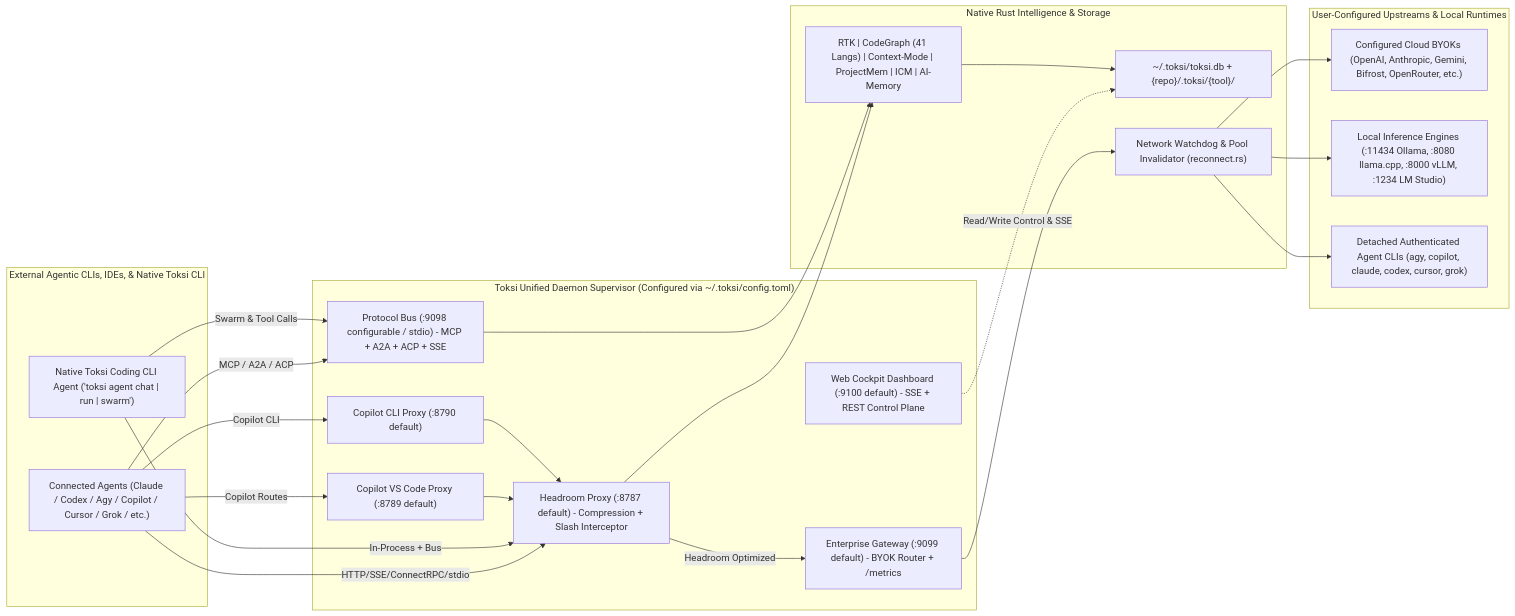
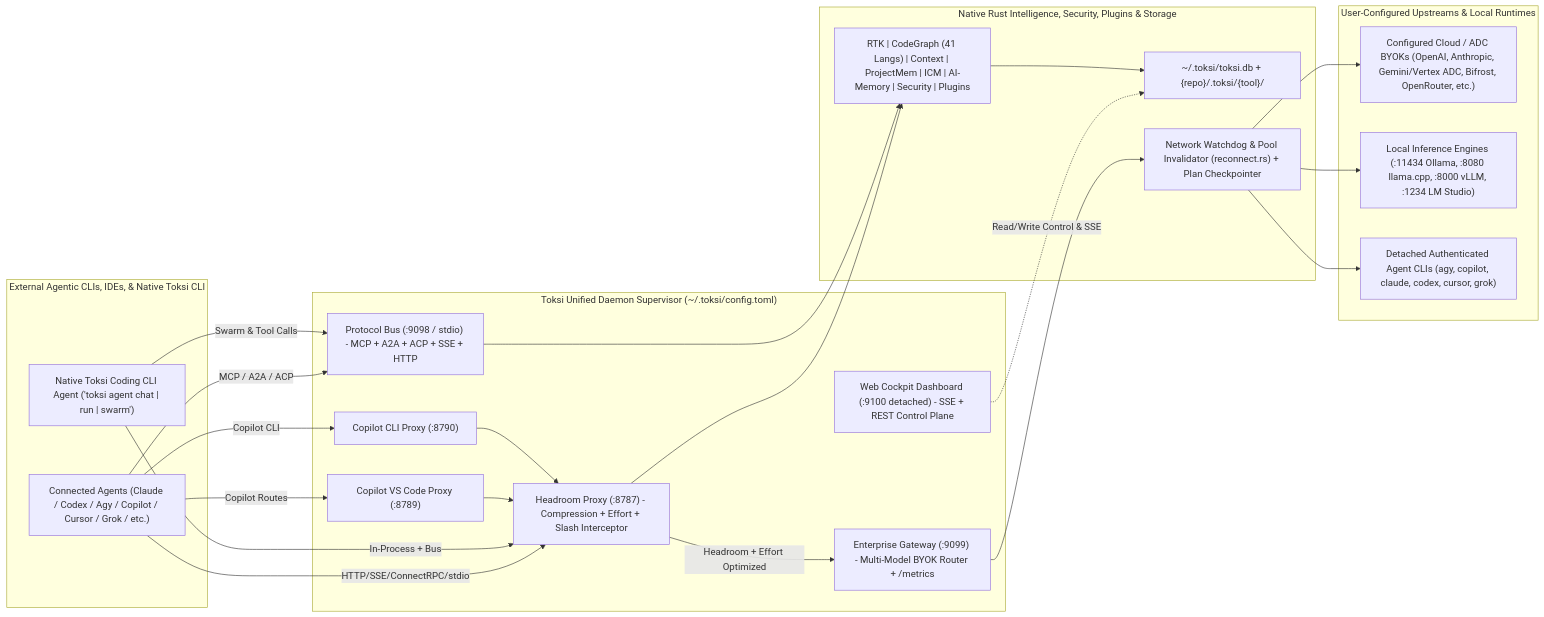
Before and after one commit to Navegos/neo: the first of 3 diagrams in crates/toksi/research/RESEARCHPLAN.md, drawn with Mermaid. The commit also changed other lines of this file and 90 other files, not shown here.

Commit message:
Refactor code structure for improved readability and maintainability; removed redundant code blocks and optimized function calls.

````diff
--- a/crates/toksi/research/RESEARCHPLAN.md
+++ b/crates/toksi/research/RESEARCHPLAN.md
@@ -190,47 +247,47 @@
 ```mermaid
 flowchart LR
     subgraph Clients["External Agentic CLIs, IDEs, & Native Toksi CLI"]
         A1["Connected Agents (Claude / Codex / Agy / Copilot / Cursor / Grok / etc.)"]
         A2["Native Toksi Coding CLI Agent ('toksi agent chat | run | swarm')"]
     end
 
-    subgraph Runtime["Toksi Unified Daemon Supervisor (Configured via ~/.toksi/config.toml)"]
-        P8787["Headroom Proxy (:8787 default) - Compression + Slash Interceptor"]
-        P8789["Copilot VS Code Proxy (:8789 default)"]
-        P8790["Copilot CLI Proxy (:8790 default)"]
-        P9098["Protocol Bus (:9098 configurable / stdio) - MCP + A2A + ACP + SSE"]
-        P9099["Enterprise Gateway (:9099 default) - BYOK Router + /metrics"]
-        P9100["Web Cockpit Dashboard (:9100 default) - SSE + REST Control Plane"]
+    subgraph Runtime["Toksi Unified Daemon Supervisor (~/.toksi/config.toml)"]
+        P8787["Headroom Proxy (:8787) - Compression + Effort + Slash Interceptor"]
+        P8789["Copilot VS Code Proxy (:8789)"]
+        P8790["Copilot CLI Proxy (:8790)"]
+        P9098["Protocol Bus (:9098 / stdio) - MCP + A2A + ACP + SSE + HTTP"]
+        P9099["Enterprise Gateway (:9099) - Multi-Model BYOK Router + /metrics"]
+        P9100["Web Cockpit Dashboard (:9100 detached) - SSE + REST Control Plane"]
     end
 
-    subgraph Core["Native Rust Intelligence & Storage"]
-        Tools["RTK | CodeGraph (41 Langs) | Context-Mode | ProjectMem | ICM | AI-Memory"]
+    subgraph Core["Native Rust Intelligence, Security, Plugins & Storage"]
+        Tools["RTK | CodeGraph (41 Langs) | Context | ProjectMem | ICM | AI-Memory | Security | Plugins"]
         DB["~/.toksi/toksi.db + {repo}/.toksi/{tool}/"]
-        Heal["Network Watchdog & Pool Invalidator (reconnect.rs)"]
+        Heal["Network Watchdog & Pool Invalidator (reconnect.rs) + Plan Checkpointer"]
     end
 
     subgraph Upstream["User-Configured Upstreams & Local Runtimes"]
-        Cloud["Configured Cloud BYOKs (OpenAI, Anthropic, Gemini, Bifrost, OpenRouter, etc.)"]
+        Cloud["Configured Cloud / ADC BYOKs (OpenAI, Anthropic, Gemini/Vertex ADC, Bifrost, OpenRouter, etc.)"]
         Local["Local Inference Engines (:11434 Ollama, :8080 llama.cpp, :8000 vLLM, :1234 LM Studio)"]
         CLI["Detached Authenticated Agent CLIs (agy, copilot, claude, codex, cursor, grok)"]
     end
 
     A1 -->|HTTP/SSE/ConnectRPC/stdio| P8787
     A1 -->|Copilot Routes| P8789
     A1 -->|Copilot CLI| P8790
     A1 -->|MCP / A2A / ACP| P9098
     A2 -->|In-Process + Bus| P8787
     A2 -->|Swarm & Tool Calls| P9098
 
     P8787 --> Tools
-    P8787 -->|Headroom Optimized| P9099
+    P8787 -->|Headroom + Effort Optimized| P9099
     P8789 --> P8787
     P8790 --> P8787
     P9098 --> Tools
     P9099 --> Heal
     Heal --> Cloud
     Heal --> Local
     Heal --> CLI
     P9100 -.->|Read/Write Control & SSE| DB
     Tools --> DB
 ```
````
